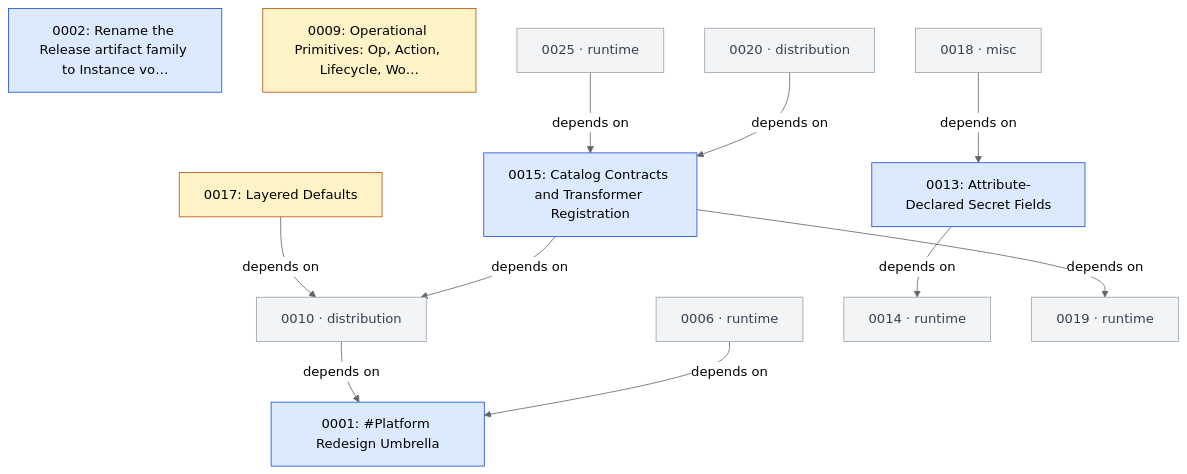
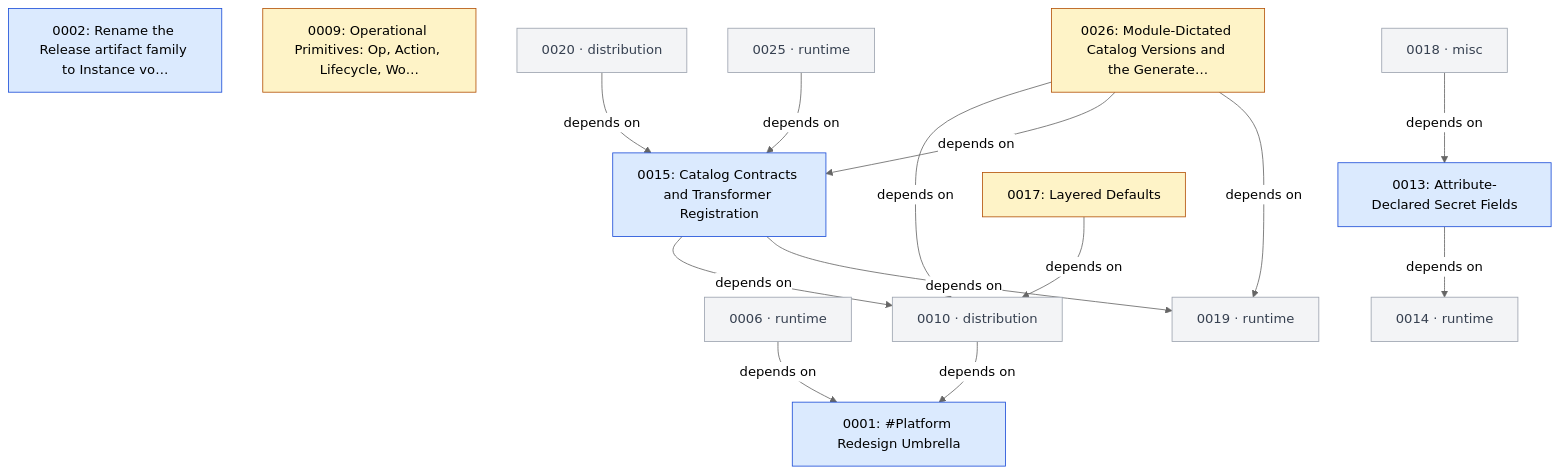
The second of 7 diagrams in GRAPH.md (open-platform-model/enhancements), drawn with Mermaid (neutral theme) before and after one commit. The commit also changed other lines of this file and 14 other files, not shown here.

Commit message:
feat(0026): draft module-dictated catalog versions, generated platform

````diff
--- a/GRAPH.md
+++ b/GRAPH.md
@@ -46,34 +46,38 @@
 ```mermaid
 graph TD
   classDef draft       fill:#fef3c7,stroke:#b45309,color:#000
   classDef accepted    fill:#dbeafe,stroke:#1d4ed8,color:#000
   classDef rejected    fill:#fee2e2,stroke:#b91c1c,color:#7f1d1d,stroke-dasharray:4 2
   classDef superseded  fill:#e5e7eb,stroke:#6b7280,color:#6b7280
   classDef legacy      fill:#fafafa,stroke:#9ca3af,color:#6b7280,stroke-dasharray:3 3
   classDef stub        fill:#f3f4f6,stroke:#9ca3af,color:#374151
   classDef category    fill:#ede9fe,stroke:#6d28d9,color:#000
 
   N0001["0001: #Platform Redesign Umbrella"]:::accepted
   N0002["0002: Rename the Release artifact family to Instance vo…"]:::accepted
   N0009["0009: Operational Primitives: Op, Action, Lifecycle, Wo…"]:::draft
   N0013["0013: Attribute-Declared Secret Fields"]:::accepted
   N0015["0015: Catalog Contracts and Transformer Registration"]:::accepted
   N0017["0017: Layered Defaults"]:::draft
+  N0026["0026: Module-Dictated Catalog Versions and the Generate…"]:::draft
   N0006["0006 · runtime"]:::stub
   N0010["0010 · distribution"]:::stub
   N0014["0014 · runtime"]:::stub
   N0018["0018 · misc"]:::stub
   N0019["0019 · runtime"]:::stub
   N0020["0020 · distribution"]:::stub
   N0025["0025 · runtime"]:::stub
 
   N0006 -->|depends on| N0001
   N0010 -->|depends on| N0001
   N0013 -->|depends on| N0014
   N0015 -->|depends on| N0010
   N0015 -->|depends on| N0019
   N0017 -->|depends on| N0010
   N0018 -->|depends on| N0013
   N0020 -->|depends on| N0015
   N0025 -->|depends on| N0015
+  N0026 -->|depends on| N0010
+  N0026 -->|depends on| N0015
+  N0026 -->|depends on| N0019
 ```
````
